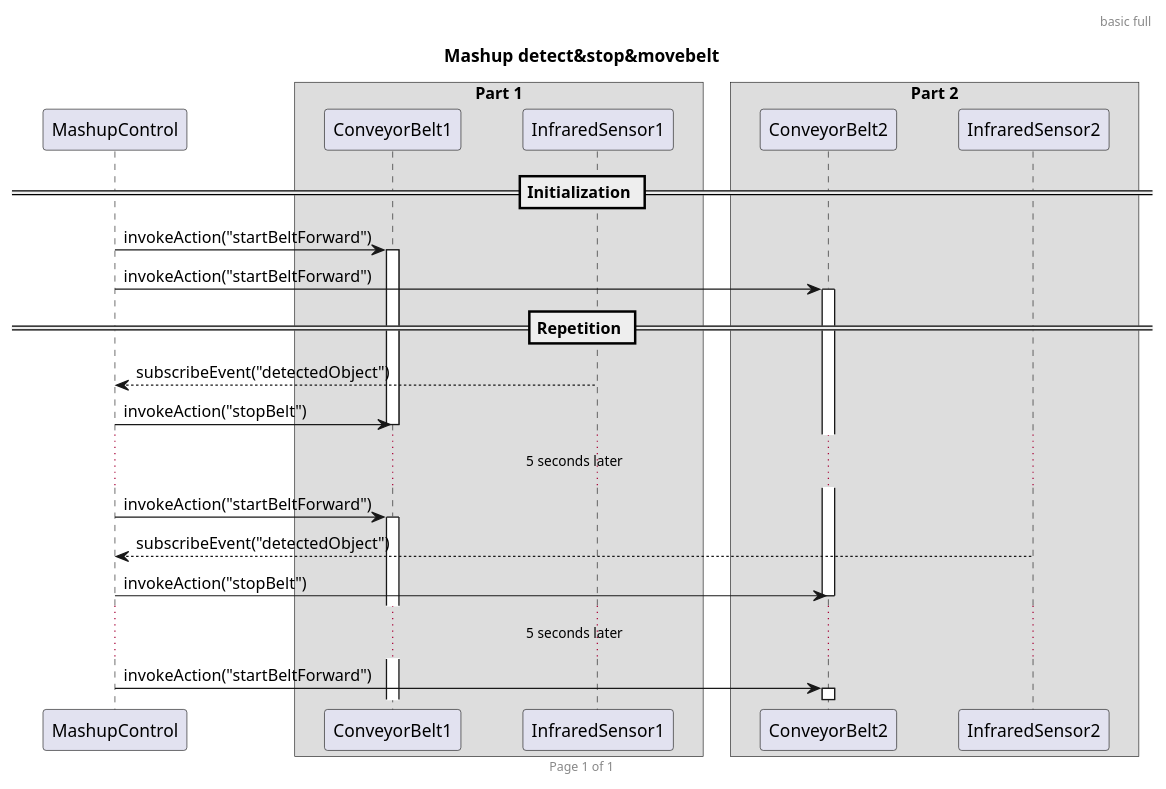
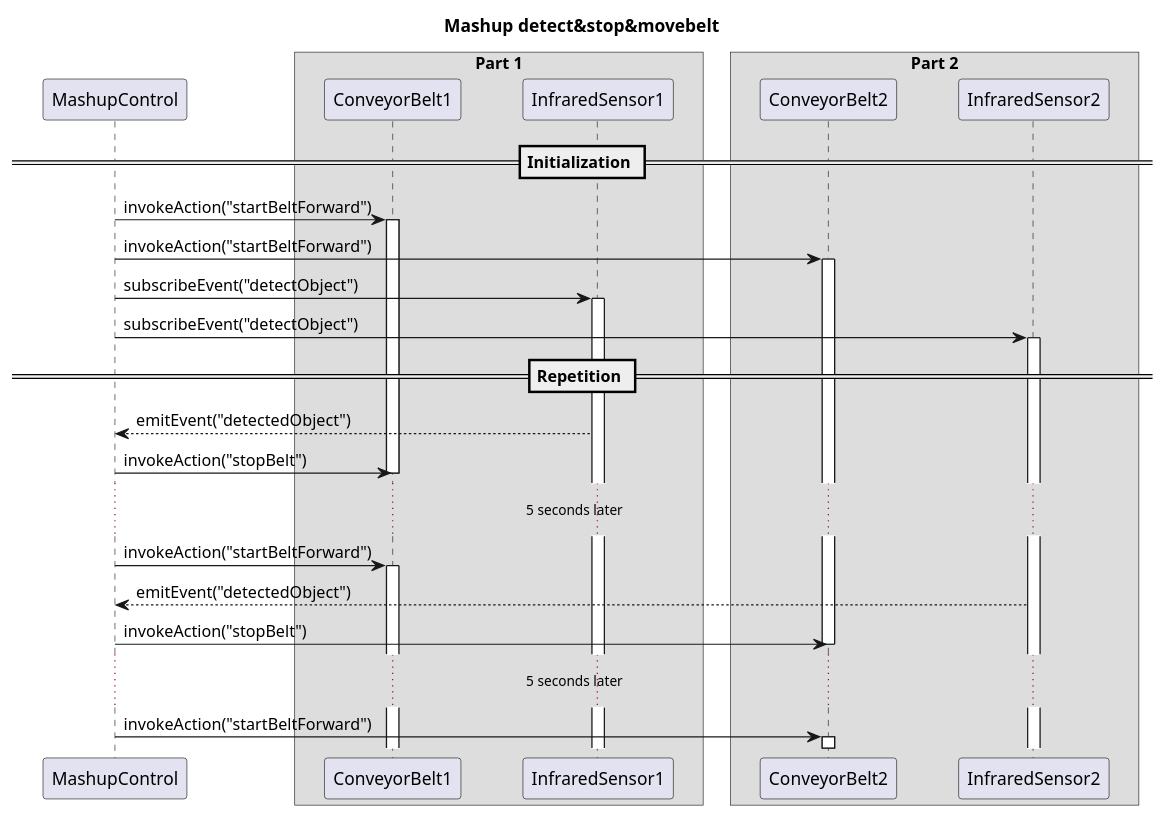
One commit to tum-esi/wot-sys changed the diagram in SequenceDiagrams/SequenceDiagramUML_mashup_detect_stop_movebelt.wsd. Above: the diagram before and after it, drawn with PlantUML.

```diff
--- a/SequenceDiagrams/SequenceDiagramUML_mashup_detect_stop_movebelt.wsd
+++ b/SequenceDiagrams/SequenceDiagramUML_mashup_detect_stop_movebelt.wsd
@@ -1,45 +1,48 @@
 @startuml
-header basic full
-footer Page %page% of %lastpage%
 
 title Mashup detect&stop&movebelt
 
 skinparam ParticipantPadding 20
 skinparam BoxPadding 10
 
 participant MashupControl as MC
 
 box "Part 1"
 participant ConveyorBelt1 as CB1
 participant InfraredSensor1 as IS1
 end box
 
 box "Part 2"
 participant ConveyorBelt2 as CB2
 participant InfraredSensor2 as IS2
 end box
 
 
 == Initialization ==
 
 MC -> CB1: invokeAction("startBeltForward")
 activate CB1
 MC -> CB2: invokeAction("startBeltForward")
 activate CB2
 
+MC -> IS1: subscribeEvent("detectObject")
+activate IS1
+MC -> IS2: subscribeEvent("detectObject")
+activate IS2
+
 == Repetition ==
 
-MC <-- IS1: subscribeEvent("detectedObject")
+MC <-- IS1: emitEvent("detectedObject")
 MC -> CB1: invokeAction("stopBelt")
 deactivate CB1
 ...5 seconds later...
 MC -> CB1: invokeAction("startBeltForward")
 activate CB1
 
-MC <-- IS2: subscribeEvent("detectedObject")
+MC <-- IS2: emitEvent("detectedObject")
 MC -> CB2: invokeAction("stopBelt")
 deactivate CB2
 ...5 seconds later...
 MC -> CB2: invokeAction("startBeltForward")
 activate CB2
 @enduml
```
